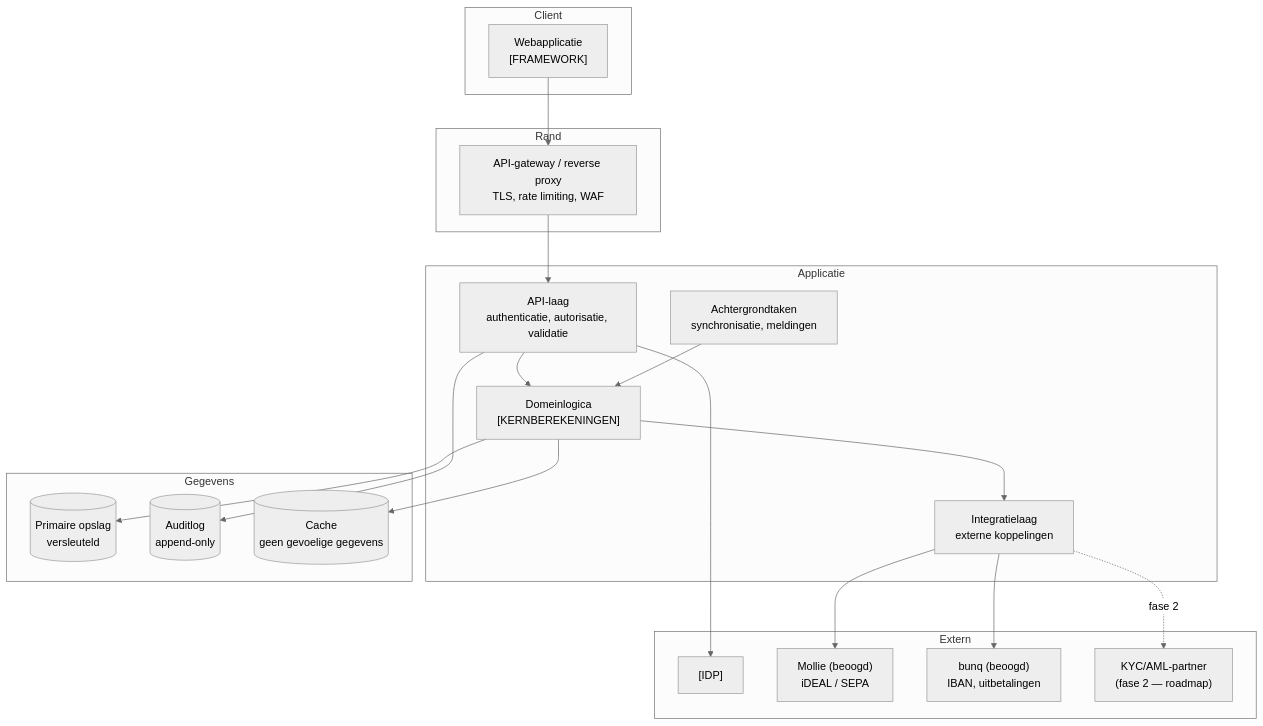
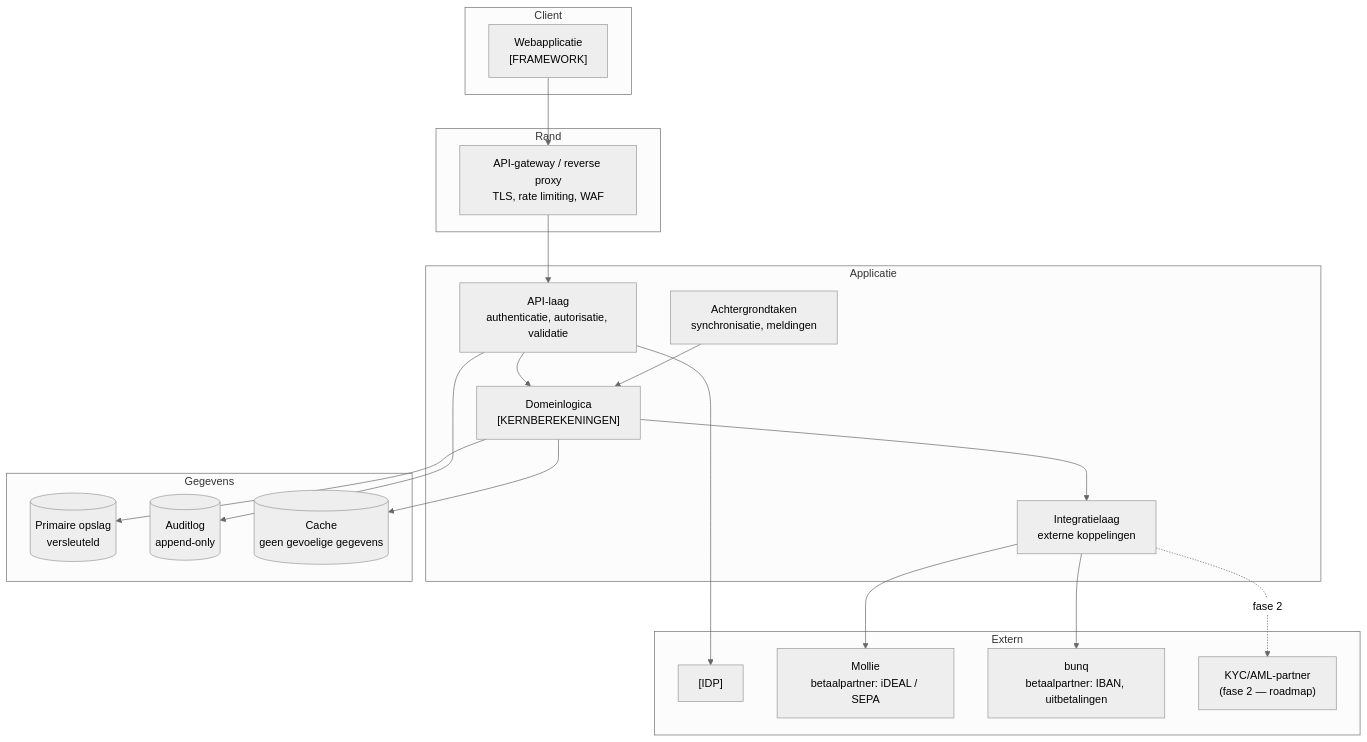
Before and after one commit to WildcatKSS/SolidYield: the diagram in docs/architecture/architecture-overview.md, drawn with Mermaid (neutral theme). The commit also changed other lines of this file and 13 other files, not shown here.

````diff
--- a/docs/architecture/architecture-overview.md
+++ b/docs/architecture/architecture-overview.md
@@ -23,37 +23,37 @@
 ```mermaid
 graph TB
     subgraph client["Client"]
         WEB["Webapplicatie<br/>[FRAMEWORK]"]
     end
     subgraph edge["Rand"]
         GW["API-gateway / reverse proxy<br/>TLS, rate limiting, WAF"]
     end
     subgraph app["Applicatie"]
         API["API-laag<br/>authenticatie, autorisatie, validatie"]
         DOM["Domeinlogica<br/>[KERNBEREKENINGEN]"]
         INT["Integratielaag<br/>externe koppelingen"]
         JOB["Achtergrondtaken<br/>synchronisatie, meldingen"]
     end
     subgraph data["Gegevens"]
         DB[("Primaire opslag<br/>versleuteld")]
         AUD[("Auditlog<br/>append-only")]
         CACHE[("Cache<br/>geen gevoelige gegevens")]
     end
     subgraph ext["Extern"]
         IDP["[IDP]"]
-        MOL["Mollie (beoogd)<br/>iDEAL / SEPA"]
-        BUNQ["bunq (beoogd)<br/>IBAN, uitbetalingen"]
+        MOL["Mollie<br/>betaalpartner: iDEAL / SEPA"]
+        BUNQ["bunq<br/>betaalpartner: IBAN, uitbetalingen"]
         KYCP["KYC/AML-partner<br/>(fase 2 — roadmap)"]
     end
 
     WEB --> GW --> API
     API --> DOM --> DB
     API --> AUD
     DOM --> INT
     INT --> MOL
     INT --> BUNQ
     INT -.fase 2.-> KYCP
     API --> IDP
     JOB --> DOM
     DOM --> CACHE
 ```
````
